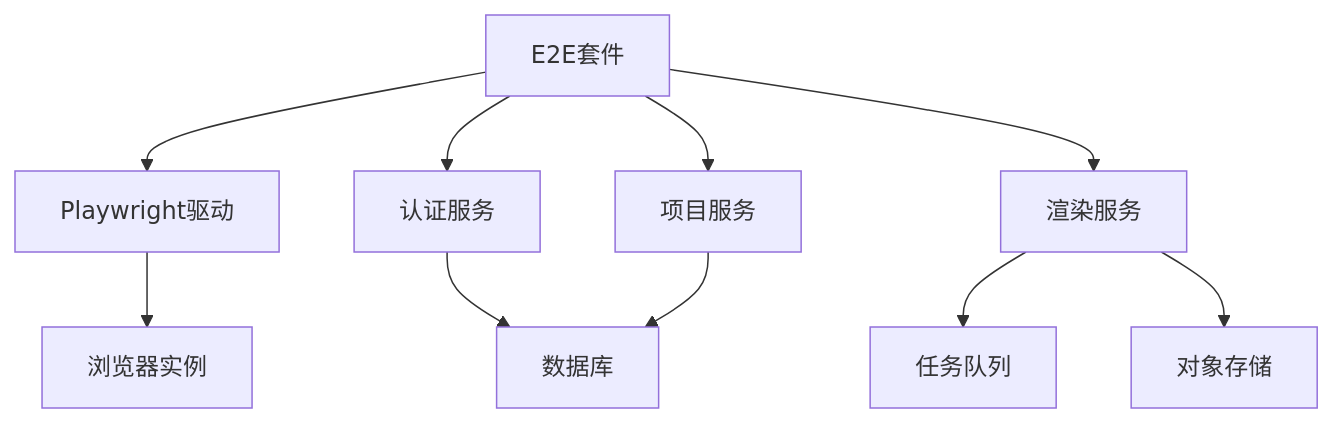
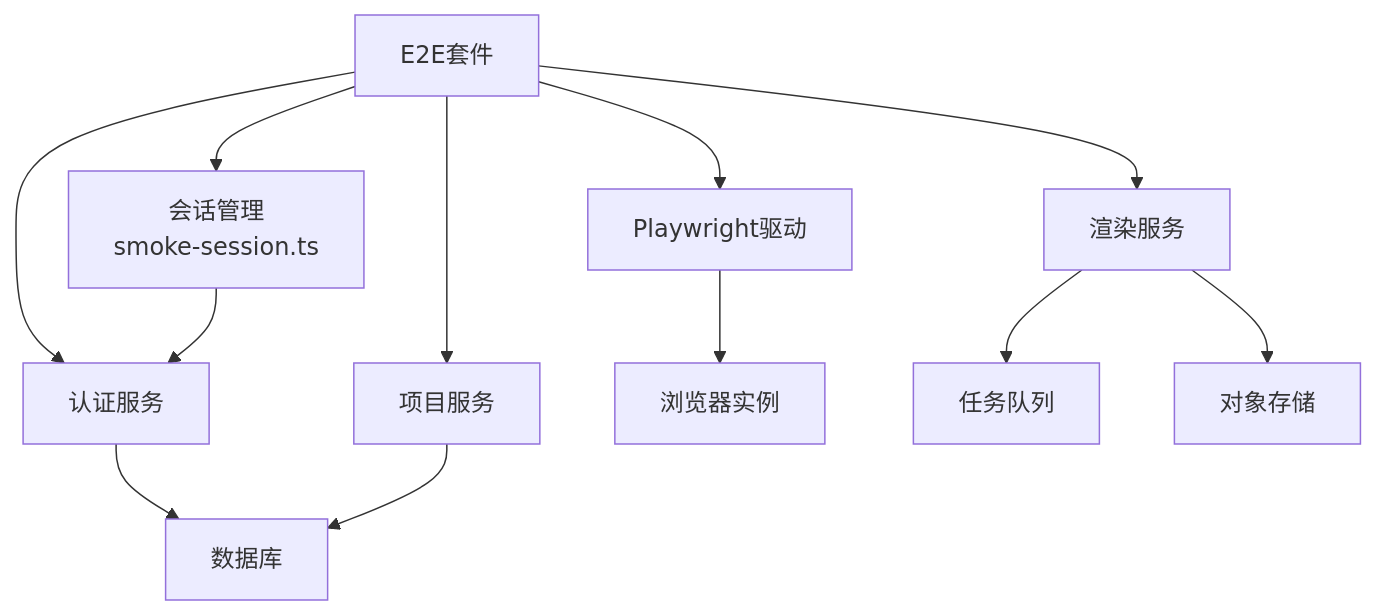
The eighth of 8 diagrams in .qoder/repowiki/zh/content/测试策略/端到端测试.md (scottcwy/PurpleInk), drawn with Mermaid before and after one commit. The commit also changed other lines of this file and 109 other files, not shown here.

````diff
--- a/.qoder/repowiki/zh/content/测试策略/端到端测试.md
+++ b/.qoder/repowiki/zh/content/测试策略/端到端测试.md
@@ -360,12 +429,14 @@
 ```mermaid
 graph TB
-E2E["E2E套件"] --> PW["Playwright驱动"]
+E2E["E2E套件"] --> SmokeSession["会话管理<br/>smoke-session.ts"]
+E2E --> PW["Playwright驱动"]
 E2E --> Auth["认证服务"]
 E2E --> Project["项目服务"]
 E2E --> Render["渲染服务"]
+SmokeSession --> Auth
 PW --> Browser["浏览器实例"]
 Auth --> DB["数据库"]
 Project --> DB
 Render --> Queue["任务队列"]
 Render --> Storage["对象存储"]
 ```
````
